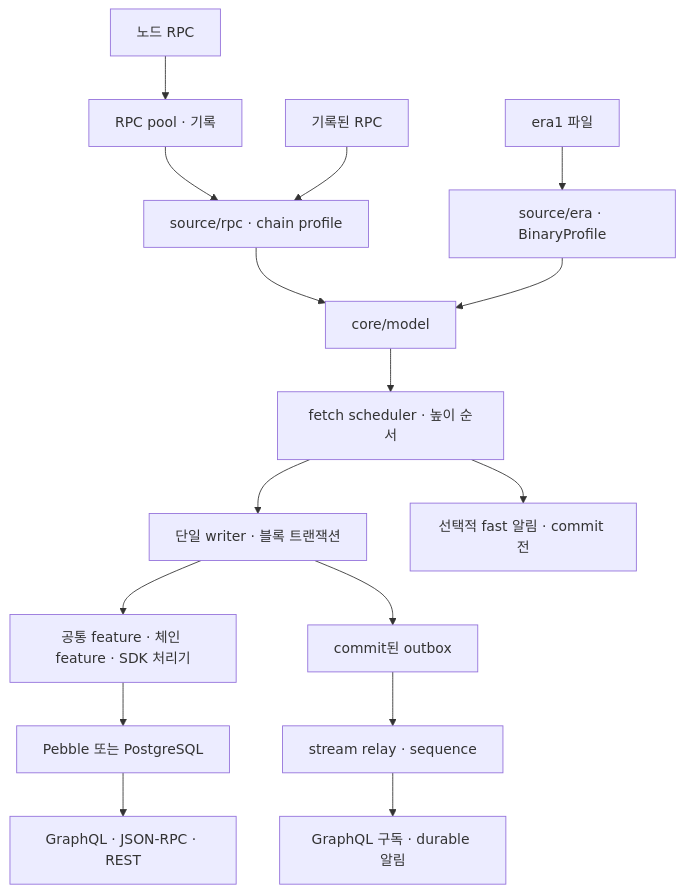
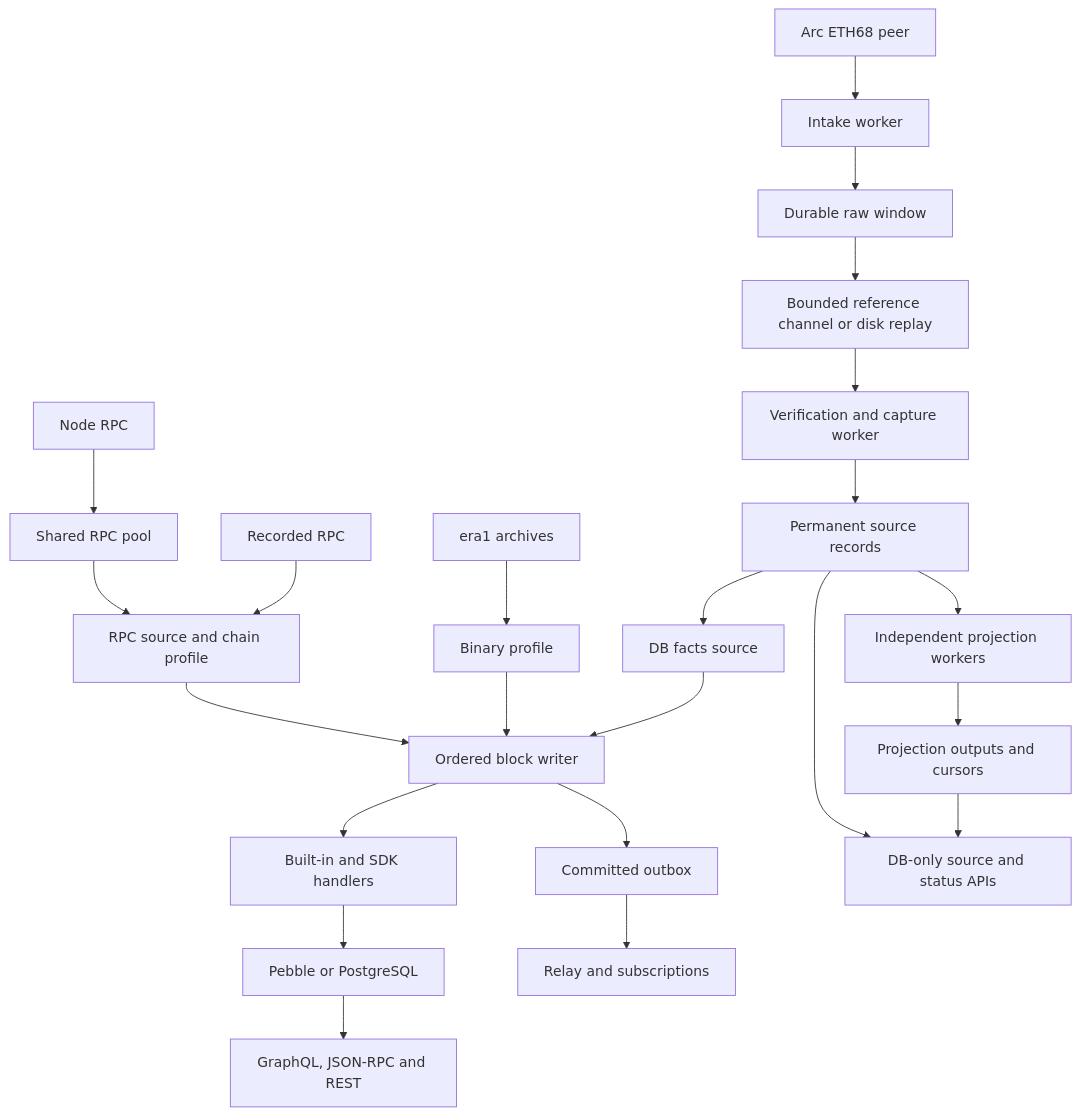
The diagram in docs/ARCHITECTURE.md (0xmhha/indexer-go), drawn with Mermaid before and after one commit. The commit also changed other lines of this file and 7 other files, not shown here.

````diff
--- a/docs/ARCHITECTURE.md
+++ b/docs/ARCHITECTURE.md
@@ -9,18 +11,27 @@
 ```mermaid
 flowchart TD
-    Node[노드 RPC] --> RPC[RPC pool · 기록]
-    RPC --> Source[source/rpc · chain profile]
-    Era[era1 파일] --> Binary[source/era · BinaryProfile]
-    Replay[기록된 RPC] --> Source
-    Source --> Model[core/model]
-    Binary --> Model
-    Model --> Fetch[fetch scheduler · 높이 순서]
-    Fetch --> Writer[단일 writer · 블록 트랜잭션]
-    Writer --> Features[공통 feature · 체인 feature · SDK 처리기]
-    Features --> Store[Pebble 또는 PostgreSQL]
-    Writer --> Outbox[commit된 outbox]
-    Outbox --> Relay[stream relay · sequence]
-    Relay --> Streams[GraphQL 구독 · durable 알림]
-    Fetch --> Fast[선택적 fast 알림 · commit 전]
-    Store --> API[GraphQL · JSON-RPC · REST]
+    Node[Node RPC] --> Pool[Shared RPC pool]
+    Pool --> RPCSource[RPC source and chain profile]
+    Era[era1 archives] --> Binary[Binary profile]
+    Replay[Recorded RPC] --> RPCSource
+    RPCSource --> Writer[Ordered block writer]
+    Binary --> Writer
+
+    Peer[Arc ETH68 peer] --> Intake[Intake worker]
+    Intake --> Raw[Durable raw window]
+    Raw --> Queue[Bounded reference channel or disk replay]
+    Queue --> Capture[Verification and capture worker]
+    Capture --> SourceDB[Permanent source records]
+    SourceDB --> Facts[DB facts source]
+    Facts --> Writer
+    SourceDB --> Independent[Independent projection workers]
+    Independent --> Outputs[Projection outputs and cursors]
+
+    Writer --> Features[Built-in and SDK handlers]
+    Features --> Store[Pebble or PostgreSQL]
+    Writer --> Outbox[Committed outbox]
+    Outbox --> Relay[Relay and subscriptions]
+    Store --> API[GraphQL, JSON-RPC and REST]
+    SourceDB --> SourceAPI[DB-only source and status APIs]
+    Outputs --> SourceAPI
 ```
````
